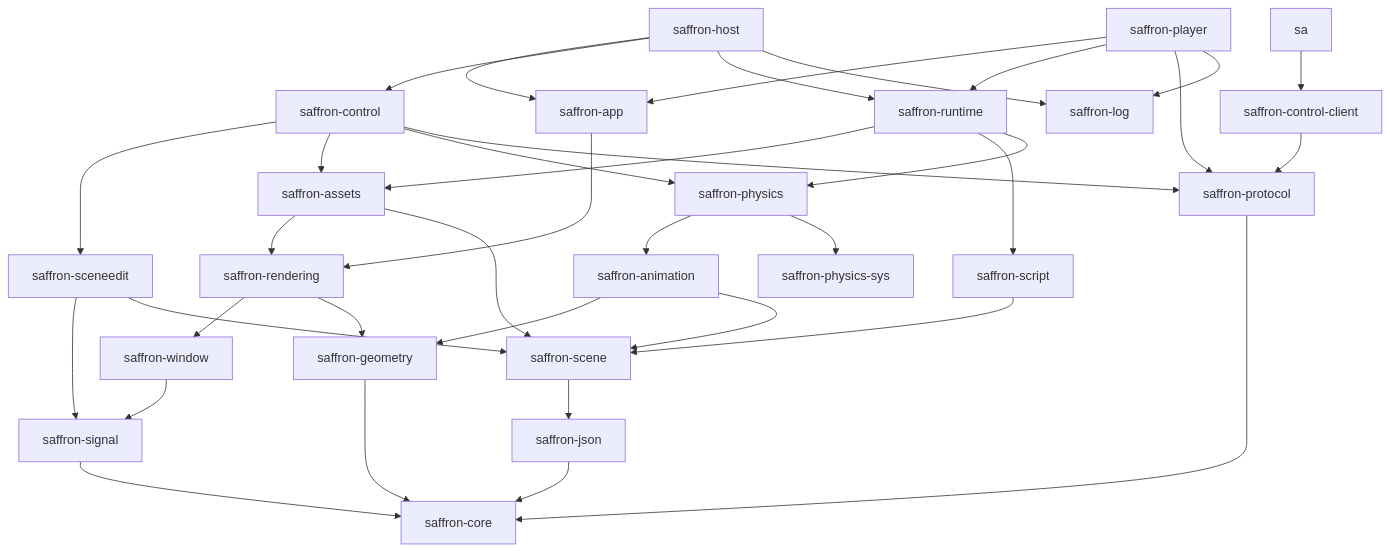
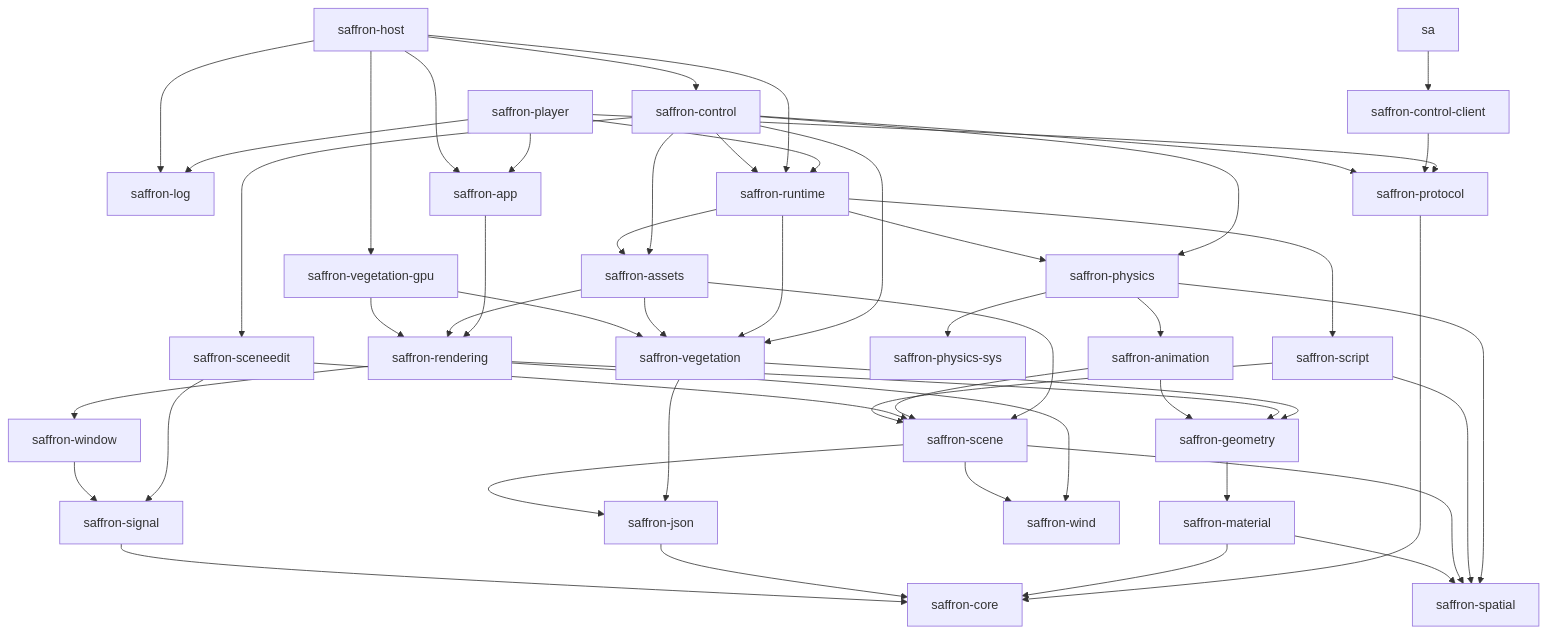
One commit to saffronjam/SaffronEngine changed the diagram in docs/content/explanations/architecture-and-conventions/module-dag.md. Above: the diagram before and after it, drawn with Mermaid. The commit also changed other lines of this file and 6 other files, not shown here.

````diff
--- a/docs/content/explanations/architecture-and-conventions/module-dag.md
+++ b/docs/content/explanations/architecture-and-conventions/module-dag.md
@@ -25,61 +25,82 @@
 ```mermaid
 flowchart TD
     Core[saffron-core]
     Log[saffron-log]
     Signal[saffron-signal]
     Json[saffron-json]
+    Spatial[saffron-spatial]
+    Wind[saffron-wind]
+    Material[saffron-material]
     Geometry[saffron-geometry]
     Window[saffron-window]
     Scene[saffron-scene]
     Script[saffron-script]
     SceneEdit[saffron-sceneedit]
     Animation[saffron-animation]
     PhysicsSys[saffron-physics-sys]
     Physics[saffron-physics]
     Rendering[saffron-rendering]
+    Vegetation[saffron-vegetation]
+    VegetationGpu[saffron-vegetation-gpu]
     Assets[saffron-assets]
     Runtime[saffron-runtime]
     Protocol[saffron-protocol]
     ControlClient[saffron-control-client]
     Sa[sa]
     Control[saffron-control]
     App[saffron-app]
     Host[saffron-host]
     Player[saffron-player]
 
     Signal --> Core
     Json --> Core
-    Geometry --> Core
+    Material --> Spatial
+    Material --> Core
+    Geometry --> Material
     Protocol --> Core
     Window --> Signal
     Scene --> Json
+    Scene --> Spatial
+    Scene --> Wind
     Script --> Scene
+    Script --> Spatial
     SceneEdit --> Signal
     SceneEdit --> Scene
     Animation --> Geometry
     Animation --> Scene
     Physics --> Animation
     Physics --> PhysicsSys
+    Physics --> Spatial
     Rendering --> Window
     Rendering --> Geometry
+    Rendering --> Wind
+    Vegetation --> Geometry
+    Vegetation --> Json
+    VegetationGpu --> Vegetation
+    VegetationGpu --> Rendering
     Assets --> Rendering
+    Assets --> Vegetation
     Assets --> Scene
     Runtime --> Assets
     Runtime --> Script
     Runtime --> Physics
+    Runtime --> Vegetation
     App --> Rendering
     Control --> SceneEdit
     Control --> Assets
     Control --> Physics
     Control --> Protocol
+    Control --> Vegetation
+    Control --> Runtime
     ControlClient --> Protocol
     Sa --> ControlClient
     Host --> App
     Host --> Control
     Host --> Runtime
+    Host --> VegetationGpu
     Host --> Log
     Player --> App
     Player --> Runtime
     Player --> Protocol
     Player --> Log
 ```
````
